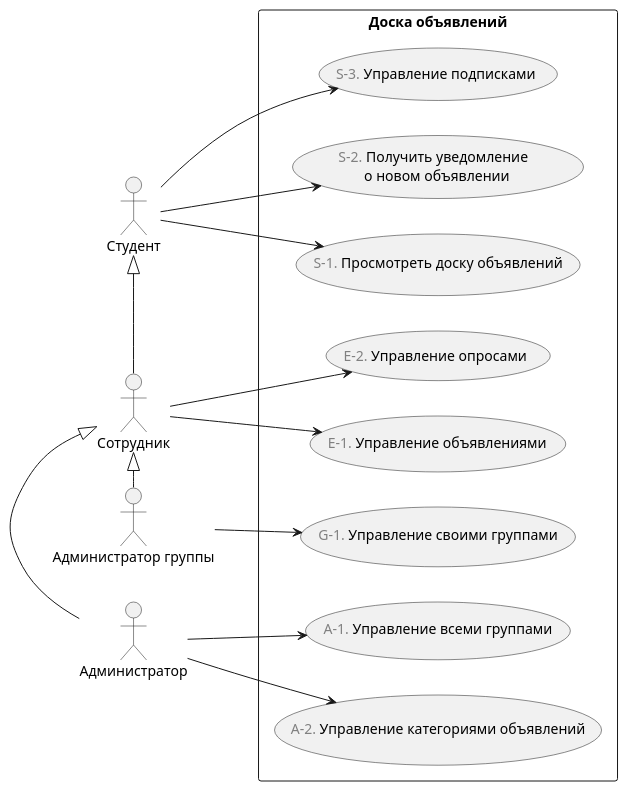
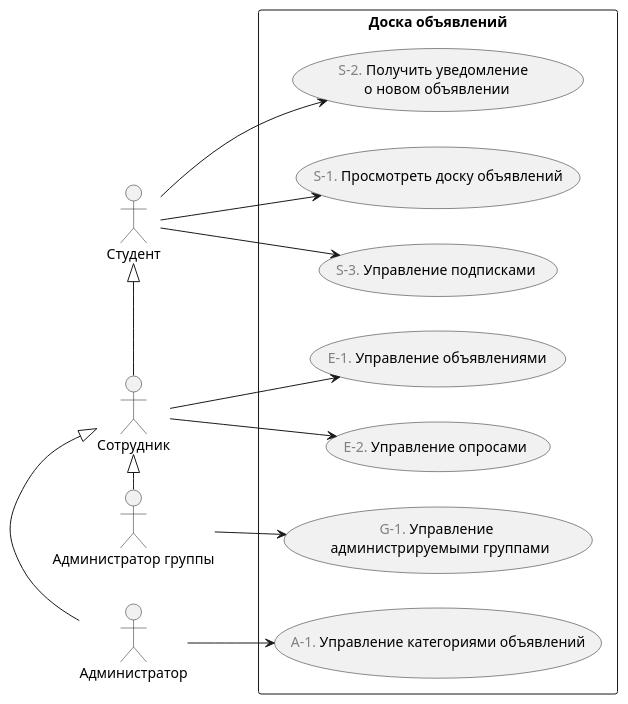
One commit to astu-app/ASTU-Bulletin-Board-Server changed the diagram in doc/диаграммы/варианты-использования/_основная.puml. Above: the diagram before and after it, drawn with PlantUML. The commit also changed 8 other files, not shown here.

Commit message:
слегка переработал систему ролей в соответствии с требованиями заказчика - передал управление группами пользователей от администратора системы администратору группы

```diff
--- a/doc/диаграммы/варианты-использования/_основная.puml
+++ b/doc/диаграммы/варианты-использования/_основная.puml
@@ -1,29 +1,27 @@
 @startuml
 'https://plantuml.com/use-case-diagram 
 
 left to right direction
 
 :Студент: as student
 :Сотрудник: as employee
 :Администратор группы: as groupAdmin
 :Администратор: as admin
 
 rectangle "Доска объявлений" {
     student --> (<font color="gray">S-1.</font> Просмотреть доску объявлений)
     student --> (<font color="gray">S-3.</font> Управление подписками)
     student --> (<font color="gray">S-2.</font> Получить уведомление \n о новом объявлении)
     
     student <|-r- employee
     employee --> (<font color="gray">E-2.</font> Управление опросами)
     employee --> (<font color="gray">E-1.</font> Управление объявлениями)
     
     employee <|-r- admin
-    admin --> (<font color="gray">A-2.</font> Управление категориями объявлений)
-    admin --> (<font color="gray">A-1.</font> Управление всеми группами)
+    admin --> (<font color="gray">A-1.</font> Управление категориями объявлений)
     
     employee <|-r- groupAdmin
-    groupAdmin --> (<font color="gray">G-1.</font> Управление своими группами)
-    
+    groupAdmin --> (<font color="gray">G-1.</font> Управление \n администрируемыми группами)
 }
 
 @enduml
```
